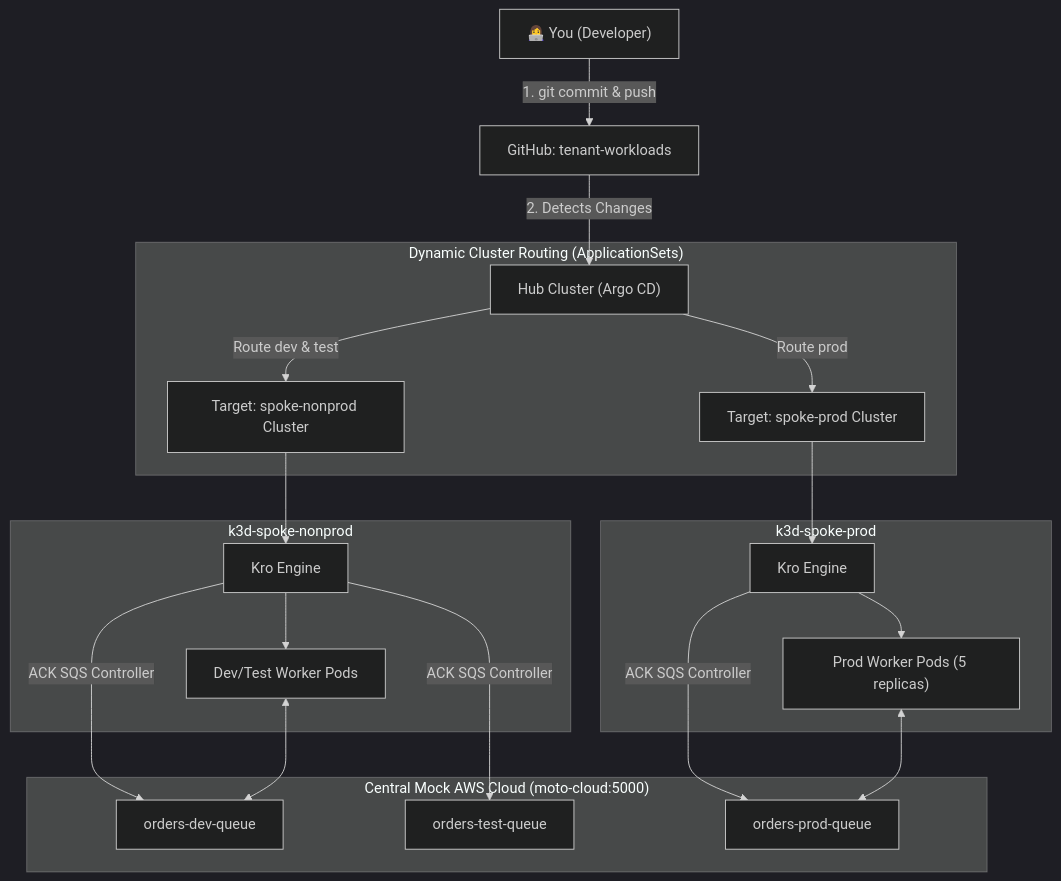
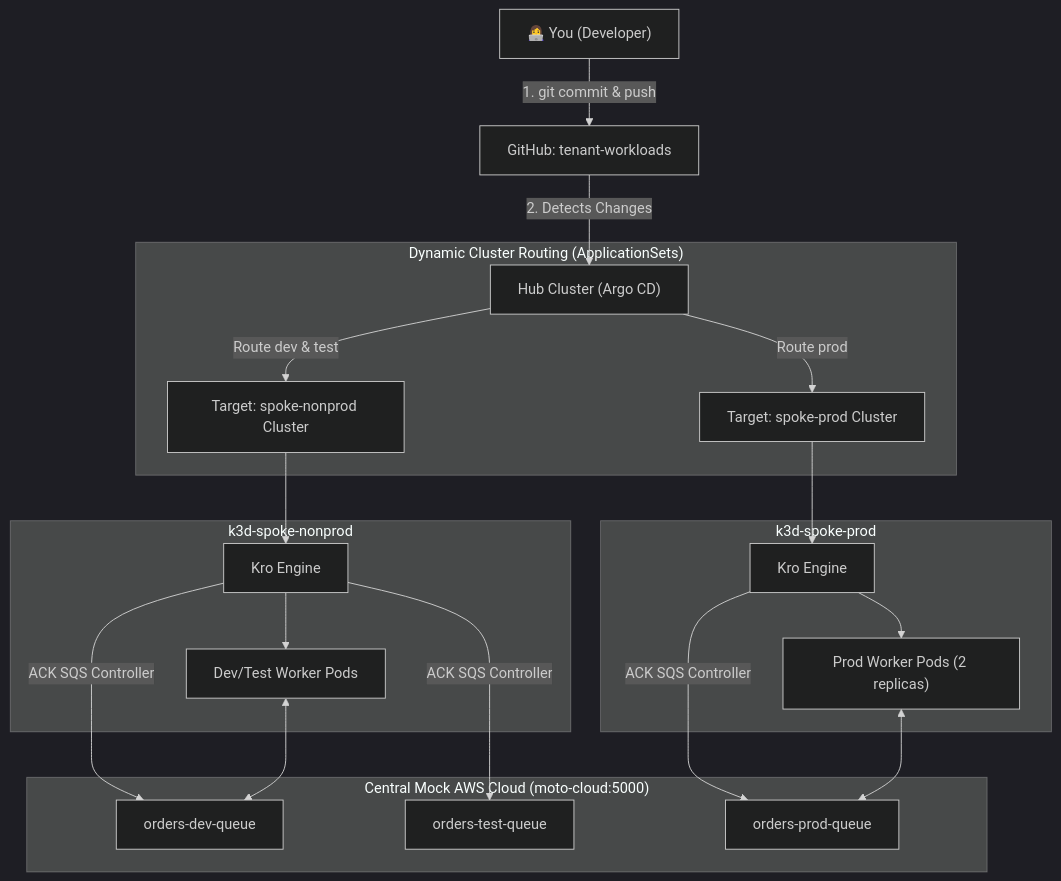
One commit to brunobml/gitops-control-plane changed the diagram in docs/developer-tutorial.md. Above: the diagram before and after it, drawn with Mermaid (dark theme). The commit also changed other lines of this file and 7 other files, not shown here.

````diff
--- a/docs/developer-tutorial.md
+++ b/docs/developer-tutorial.md
@@ -15,37 +15,37 @@
 ```mermaid
 flowchart TD
     Dev["👩‍💻 You (Developer)"] -->|1. git commit & push| Git["GitHub: tenant-workloads"]
     Git -->|2. Detects Changes| Hub["Hub Cluster (Argo CD)"]
 
     subgraph HubRouting["Dynamic Cluster Routing (ApplicationSets)"]
         Hub -->|Route dev & test| SpokeNonProd["Target: spoke-nonprod Cluster"]
         Hub -->|Route prod| SpokeProd["Target: spoke-prod Cluster"]
     end
 
     subgraph NonProdCluster["k3d-spoke-nonprod"]
         KroNP["Kro Engine"]
         WorkerNP["Dev/Test Worker Pods"]
     end
 
     subgraph ProdCluster["k3d-spoke-prod"]
         KroP["Kro Engine"]
-        WorkerP["Prod Worker Pods (5 replicas)"]
+        WorkerP["Prod Worker Pods (2 replicas)"]
     end
 
     subgraph CentralCloud["Central Mock AWS Cloud (moto-cloud:5000)"]
         DevQueue["orders-dev-queue"]
         TestQueue["orders-test-queue"]
         ProdQueue["orders-prod-queue"]
     end
 
     SpokeNonProd --> KroNP
     KroNP --> WorkerNP
     KroNP -->|ACK SQS Controller| DevQueue
     KroNP -->|ACK SQS Controller| TestQueue
     WorkerNP <--> DevQueue
 
     SpokeProd --> KroP
     KroP --> WorkerP
     KroP -->|ACK SQS Controller| ProdQueue
     WorkerP <--> ProdQueue
 ```
````
